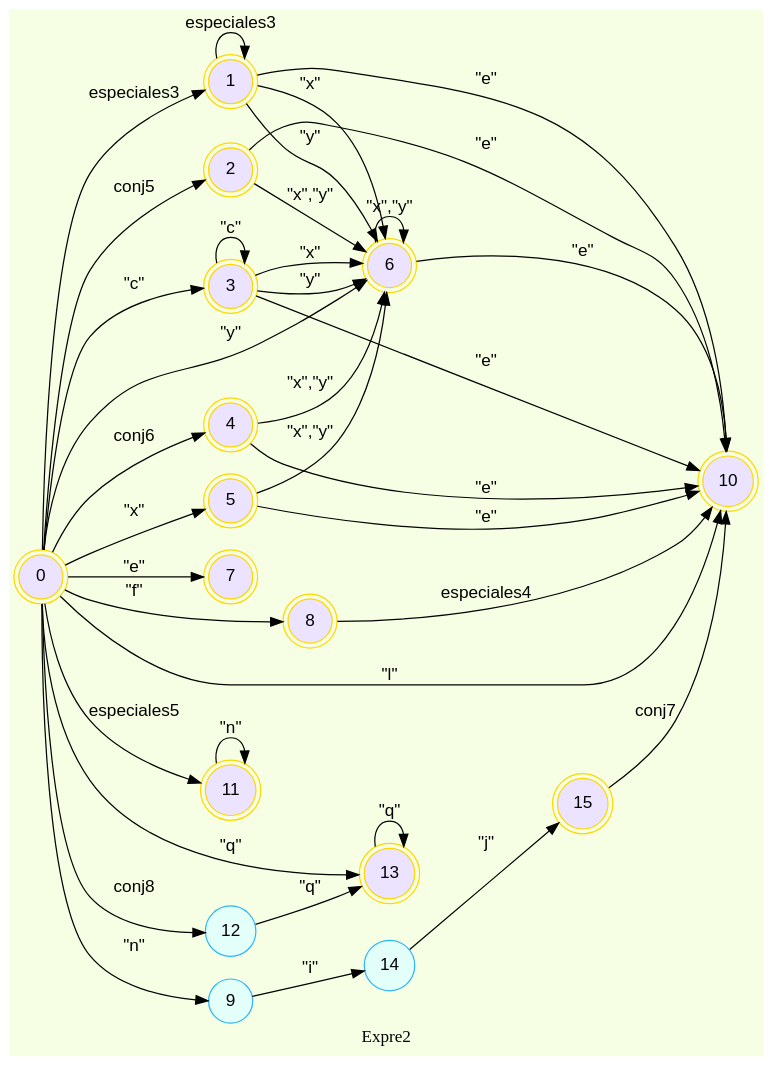
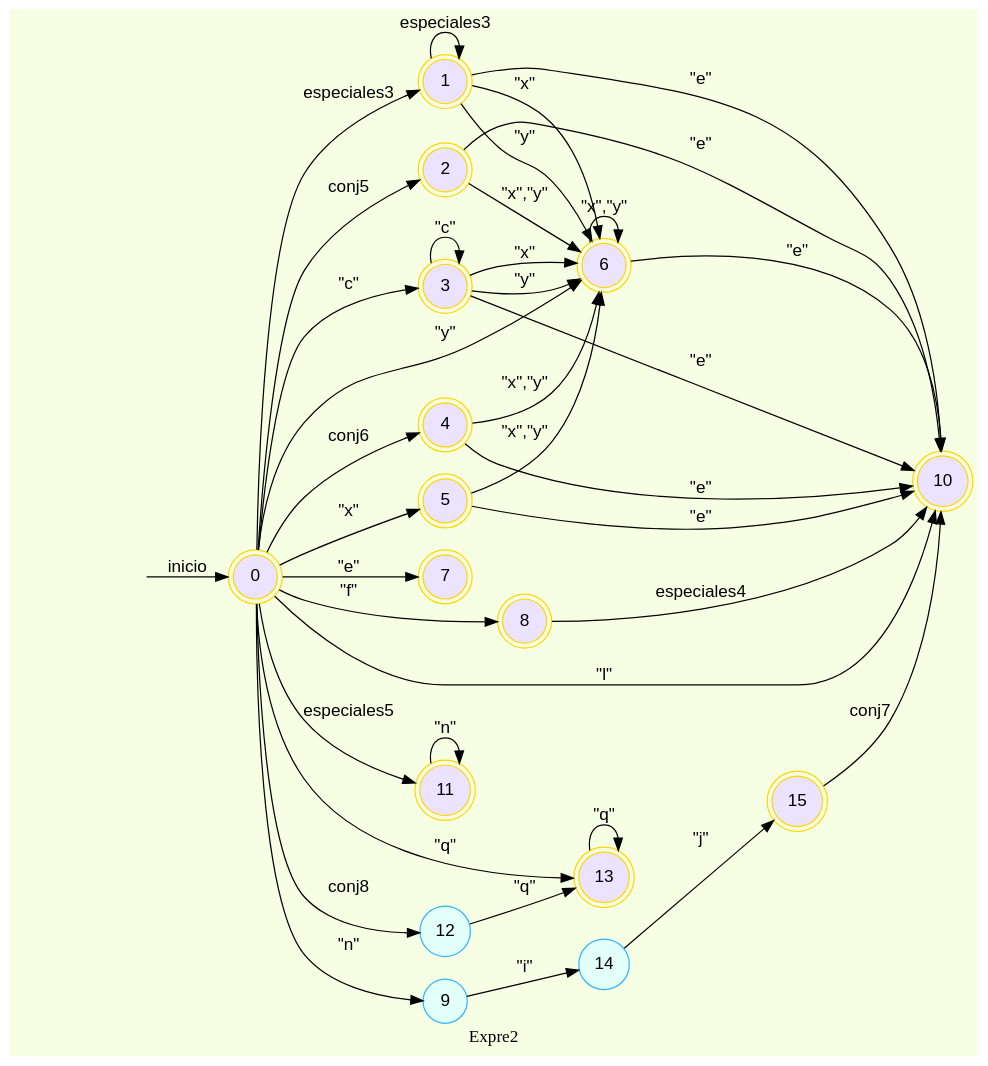
Before and after one commit to SergieArizandieta/OLC1-P1-202000119: the diagram in AFD_202000119/Expre2.dot, drawn with Graphviz. The commit also changed 51 other files, not shown here.

```diff
--- a/AFD_202000119/Expre2.dot
+++ b/AFD_202000119/Expre2.dot
@@ -1,46 +1,48 @@
 digraph finite_state_machine {
 	bgcolor = "#F6FFE3"
 	node [fontname="Helvetica,Arial,sans-serif" ]
 	edge [fontname="Helvetica,Arial,sans-serif"]
 	rankdir=LR;
 	node [shape = doublecircle, color = gold fillcolor="#EBE3FF" style =filled];
 0,1,2,3,4,5,6,7,8,15,10,11,13;
 	node [shape = circle, color = "#2CB5FF" fillcolor="#E3FFFA" style =filled];
 
+	flechainicio [style=invis];
+	flechainicio -> 0 [label="inicio"];
 0->1[label = "especiales3"];
 0->2[label = "conj5"];
 0->3[label = "\"c\""];
 0->4[label = "conj6"];
 0->5[label = "\"x\""];
 0->6[label = "\"y\""];
 0->7[label = "\"e\""];
 0->8[label = "\"f\""];
 0->9[label = "\"n\""];
 0->10[label = "\"l\""];
 0->11[label = "especiales5"];
 0->12[label = "conj8"];
 0->13[label = "\"q\""];
 1->1[label = "especiales3"];
 1->6[label = "\"x\""];
 1->6[label = "\"y\""];
 1->10[label = "\"e\""];
 2->6[label = "\"x\",\"y\""];
 2->10[label = "\"e\""];
 3->3[label = "\"c\""];
 3->6[label = "\"x\""];
 3->6[label = "\"y\""];
 3->10[label = "\"e\""];
 4->6[label = "\"x\",\"y\""];
 4->10[label = "\"e\""];
 5->6[label = "\"x\",\"y\""];
 5->10[label = "\"e\""];
 6->6[label = "\"x\",\"y\""];
 6->10[label = "\"e\""];
 8->10[label = "especiales4"];
 9->14[label = "\"i\""];
 14->15[label = "\"j\""];
 15->10[label = "conj7"];
 11->11[label = "\"n\""];
 12->13[label = "\"q\""];
 13->13[label = "\"q\""];
 label= Expre2}
```
